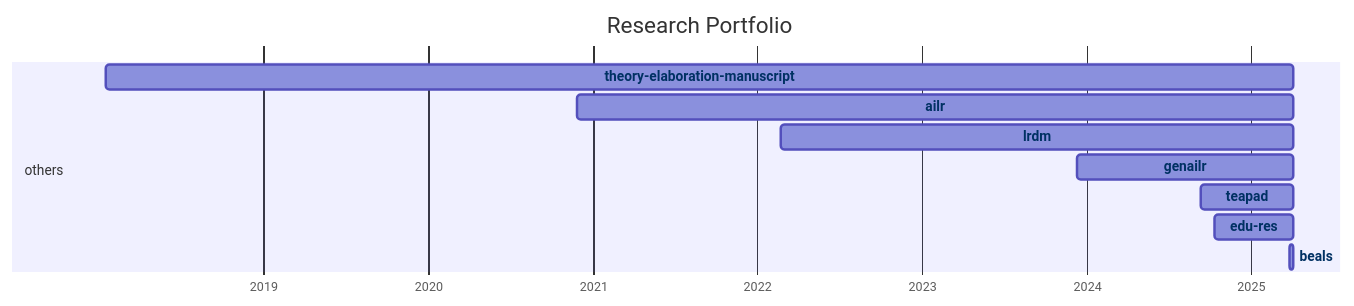
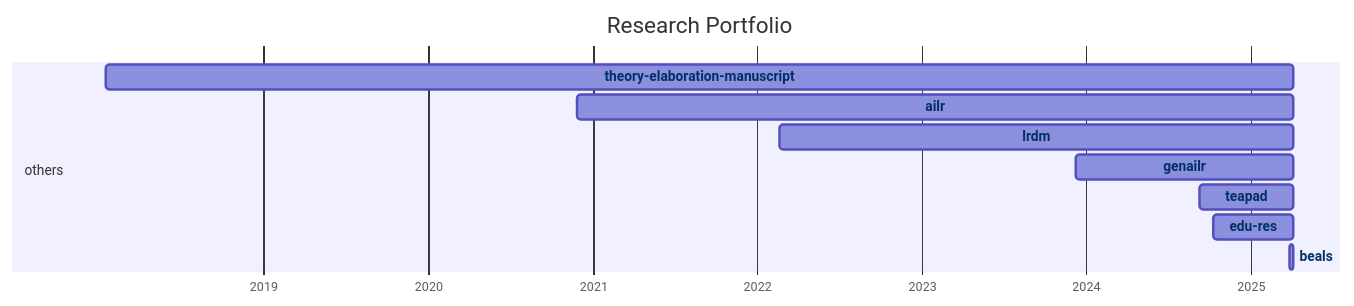
Before and after one commit to digital-work-lab/handbook: the diagram in docs/20-research/25-projects-gantt.md, drawn with Mermaid. The commit also changed 1 other file, not shown here.

Commit message:
Update repository overview

````diff
--- a/docs/20-research/25-projects-gantt.md
+++ b/docs/20-research/25-projects-gantt.md
@@ -8,33 +8,33 @@
 ```mermaid
 ---
 displayMode: compact
 ---
 gantt
 title Research Portfolio
 dateFormat YYYY-MM-DD
 axisFormat %Y
 
     section work_practices
 
     section distributed_organizing
 
     section knowledge_synthesis
 
     section others
-        beals :beals, 2025-03-28, 2025-04-04
-        edu-res :edu-res, 2024-10-10, 2025-04-04
-        teapad :teapad, 2024-09-10, 2025-04-04
-        genailr :genailr, 2023-12-10, 2025-04-04
-        lrdm :lrdm, 2022-02-20, 2025-04-04
-        ailr :ailr, 2020-11-26, 2025-04-04
-        theory-elaboration-manuscript :theory-elaboration-manuscript, 2018-01-15, 2025-04-04
+        beals :beals, 2025-03-28, 2025-04-05
+        edu-res :edu-res, 2024-10-10, 2025-04-05
+        teapad :teapad, 2024-09-10, 2025-04-05
+        genailr :genailr, 2023-12-10, 2025-04-05
+        lrdm :lrdm, 2022-02-20, 2025-04-05
+        ailr :ailr, 2020-11-26, 2025-04-05
+        theory-elaboration-manuscript :theory-elaboration-manuscript, 2018-01-15, 2025-04-05
 
 
     click beals href "{{ site.baseurl }}/docs/20-research/25-projects/_repos/beals"
     click edu-res href "{{ site.baseurl }}/docs/20-research/25-projects/_repos/edu-res"
     click teapad href "{{ site.baseurl }}/docs/20-research/25-projects/_repos/teapad"
     click genailr href "{{ site.baseurl }}/docs/20-research/25-projects/_repos/genailr"
     click lrdm href "{{ site.baseurl }}/docs/20-research/25-projects/_repos/lrdm"
     click ailr href "{{ site.baseurl }}/docs/20-research/25-projects/_repos/ailr"
     click theory-elaboration-manuscript href "{{ site.baseurl }}/docs/20-research/25-projects/_repos/theory-elaboration-manuscript"
 ```
````
